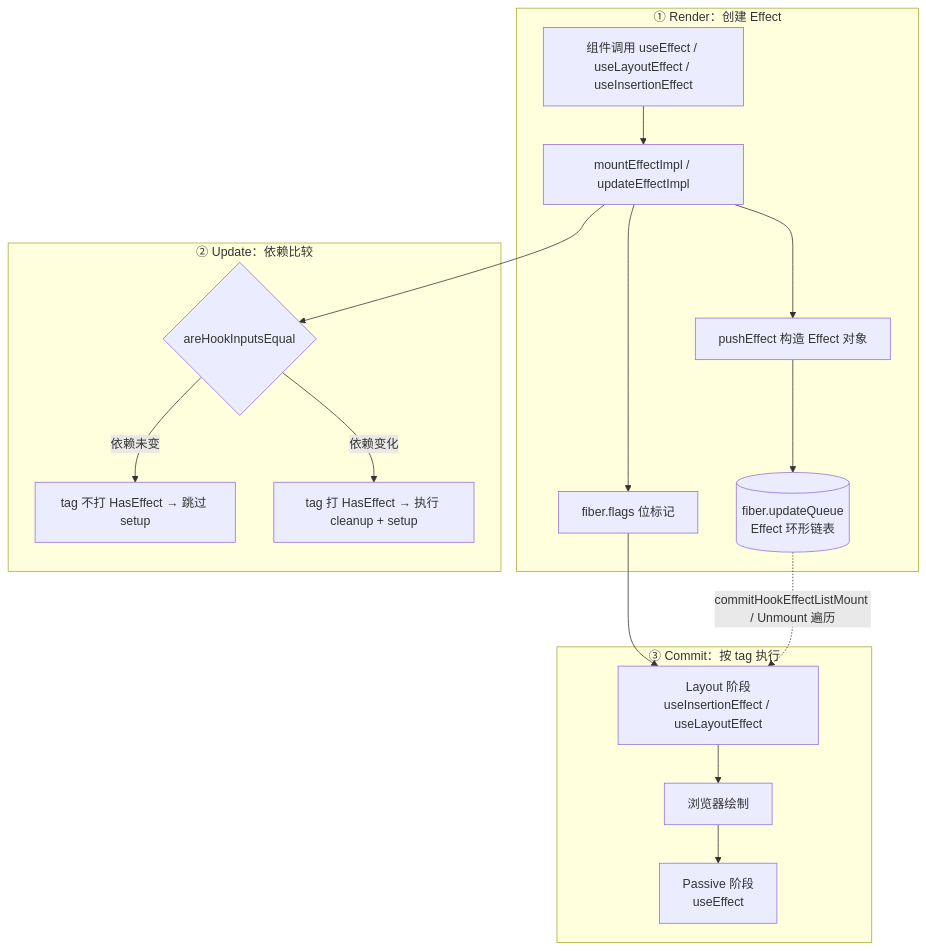
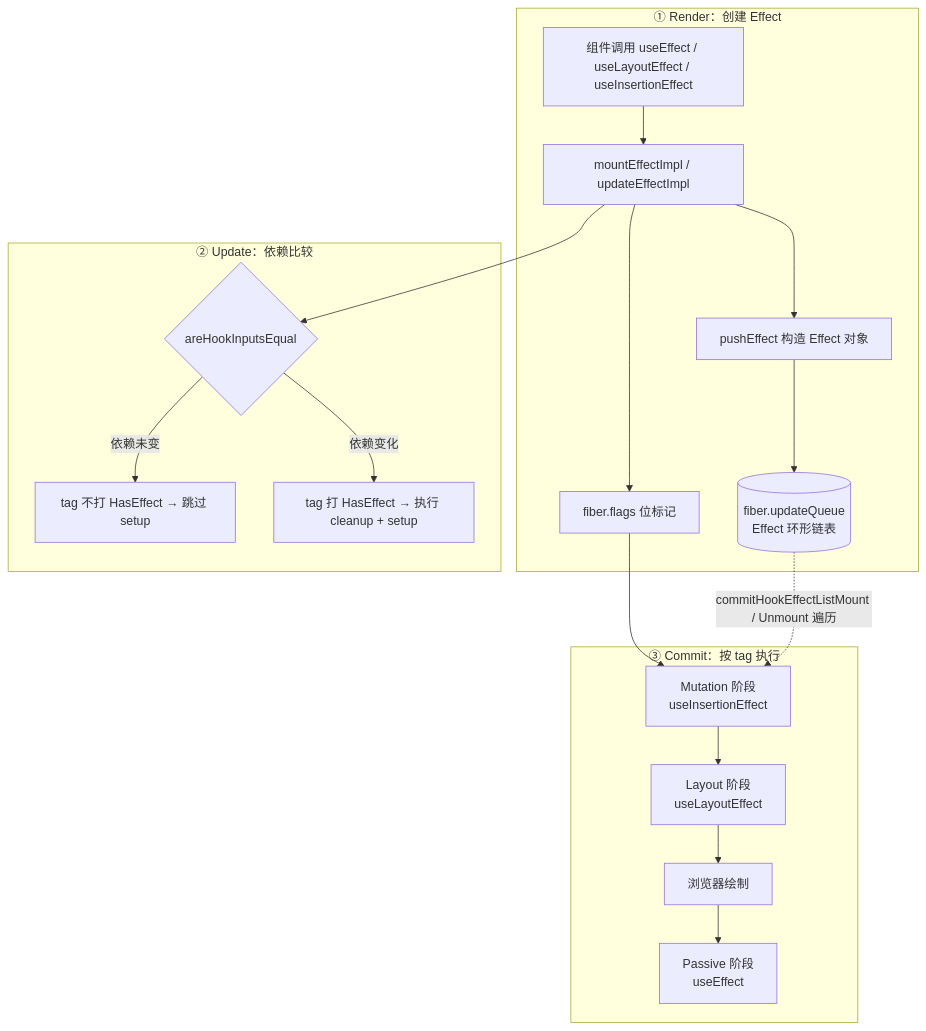
Before and after one commit to sentibeitaokong/CoreFront-EndConcepts: the first of 2 diagrams in apps/docs/frameworks/react/advanced/core-design/effects.md, drawn with Mermaid. The commit also changed other lines of this file and 15 other files, not shown here.

````diff
--- a/apps/docs/frameworks/react/advanced/core-design/effects.md
+++ b/apps/docs/frameworks/react/advanced/core-design/effects.md
@@ -19,23 +19,24 @@
 ```mermaid
 flowchart TB
     subgraph render["① Render：创建 Effect"]
         CMP[组件调用 useEffect / useLayoutEffect / useInsertionEffect] --> IMPL[mountEffectImpl / updateEffectImpl]
         IMPL --> PUSH[pushEffect 构造 Effect 对象]
         PUSH --> LIST[(fiber.updateQueue<br/>Effect 环形链表)]
         IMPL --> FLAG[fiber.flags 位标记]
     end
 
     subgraph deps["② Update：依赖比较"]
         IMPL --> EQ{areHookInputsEqual}
         EQ -->|依赖未变| SKIP[tag 不打 HasEffect → 跳过 setup]
         EQ -->|依赖变化| MARK[tag 打 HasEffect → 执行 cleanup + setup]
     end
 
     subgraph commit["③ Commit：按 tag 执行"]
-        FLAG --> LAY[Layout 阶段<br/>useInsertionEffect / useLayoutEffect]
+        FLAG --> MUT[Mutation 阶段<br/>useInsertionEffect]
+        MUT --> LAY[Layout 阶段<br/>useLayoutEffect]
         LAY --> PAINT[浏览器绘制]
         PAINT --> PAS[Passive 阶段<br/>useEffect]
     end
 
-    LIST -.->|commitHookEffectListMount / Unmount 遍历| LAY
+    LIST -.->|commitHookEffectListMount / Unmount 遍历| MUT
 ```
````
